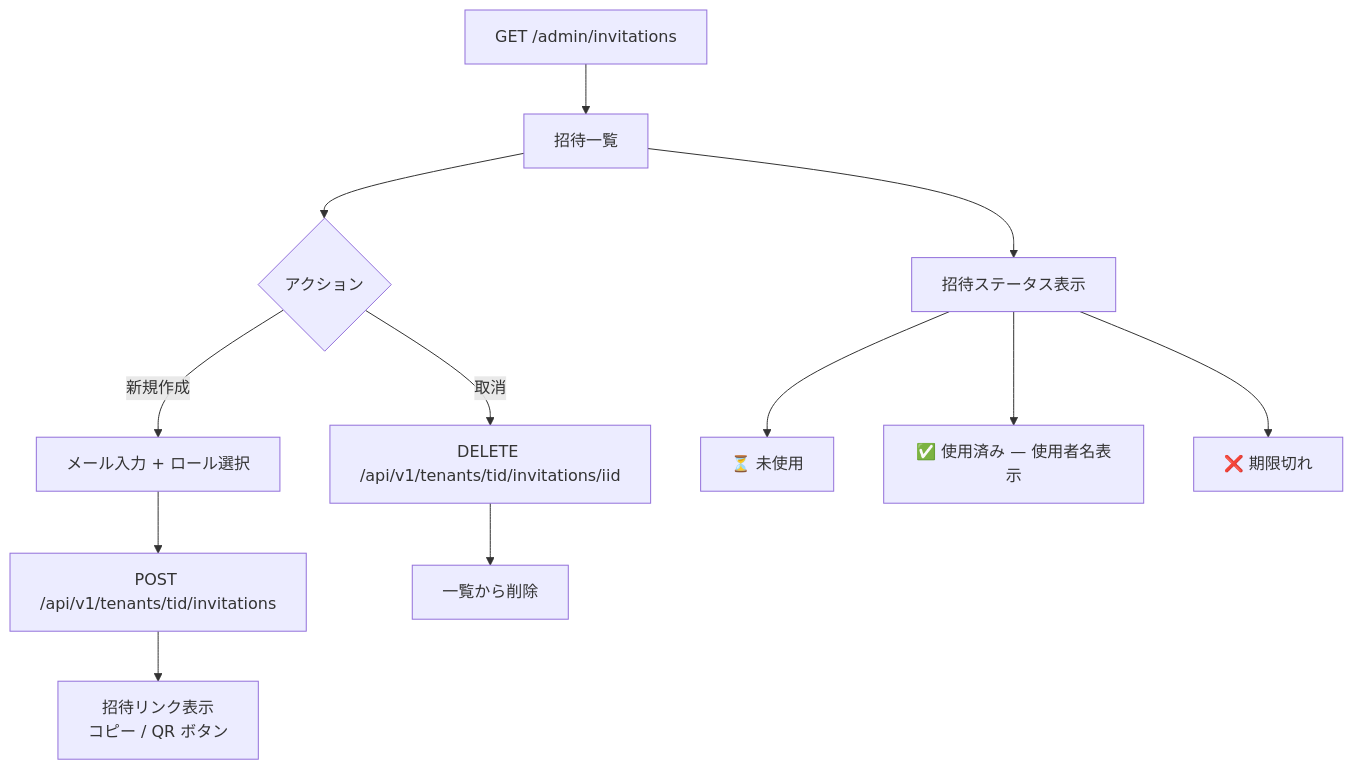
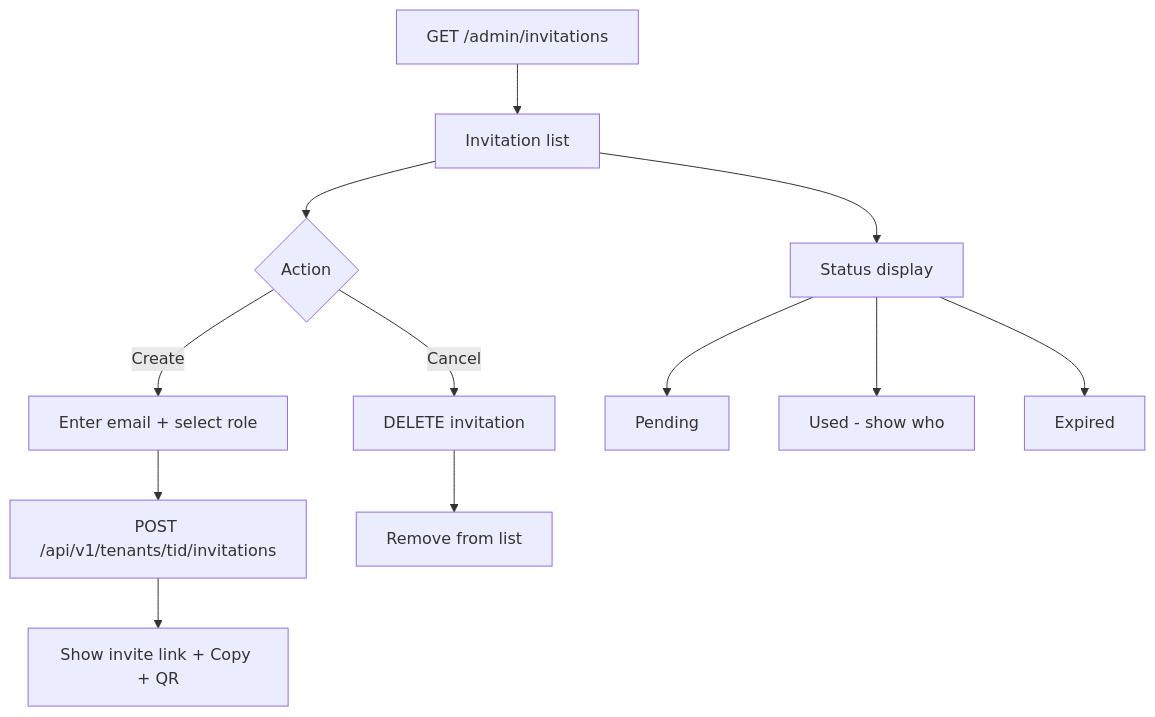
The eighth of 12 diagrams in dge/specs/ui-flow.md (opaopa6969/volta-auth-proxy), drawn with Mermaid before and after one commit. The commit also changed other lines of this file, not shown here.

First line of the commit message:
Fix mermaid diagrams for GitHub rendering

````diff
--- a/dge/specs/ui-flow.md
+++ b/dge/specs/ui-flow.md
@@ -221,17 +213,17 @@
 ```mermaid
 flowchart TD
-    A[GET /admin/invitations] --> B[招待一覧]
-    B --> C{アクション}
+    A["GET /admin/invitations"] --> B["Invitation list"]
+    B --> C{"Action"}
 
-    C -->|新規作成| D[メール入力 + ロール選択]
-    D --> E[POST /api/v1/tenants/tid/invitations]
-    E --> F[招待リンク表示<br>コピー / QR ボタン]
+    C -->|Create| D["Enter email + select role"]
+    D --> E["POST /api/v1/tenants/tid/invitations"]
+    E --> F["Show invite link + Copy + QR"]
 
-    C -->|取消| G[DELETE /api/v1/tenants/tid/invitations/iid]
-    G --> H[一覧から削除]
+    C -->|Cancel| G["DELETE invitation"]
+    G --> H["Remove from list"]
 
-    B --> I[招待ステータス表示]
-    I --> J[⏳ 未使用]
-    I --> K[✅ 使用済み — 使用者名表示]
-    I --> L[❌ 期限切れ]
+    B --> I["Status display"]
+    I --> J["Pending"]
+    I --> K["Used - show who"]
+    I --> L["Expired"]
 ```
````
